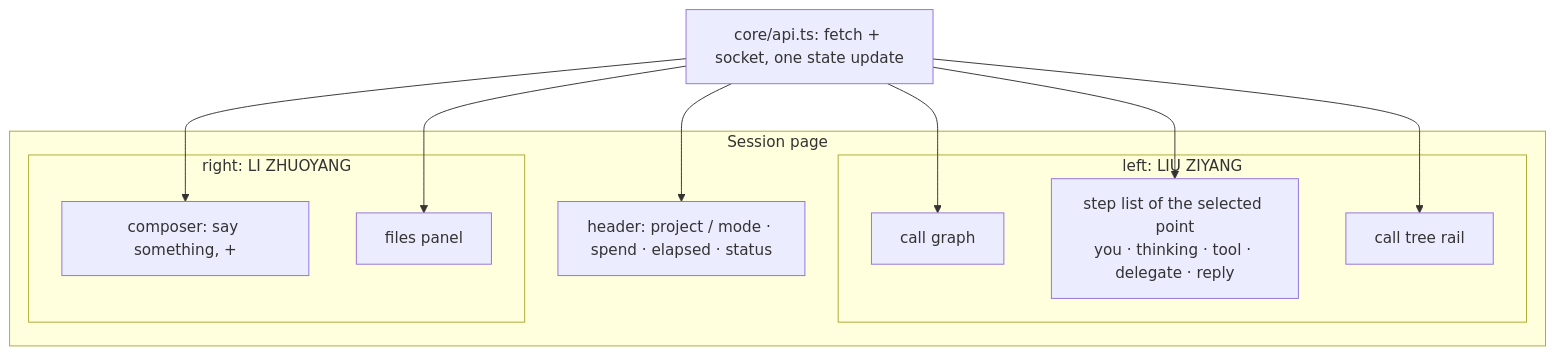
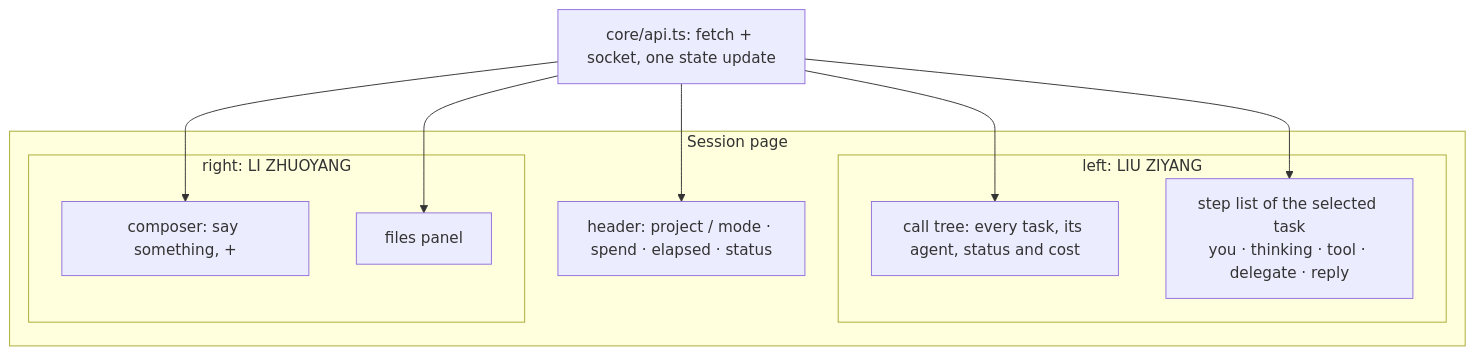
Before and after one commit to ziyangliu-666/lumen-next: diagram 15 of 16 in docs/ARCHITECTURE.md, drawn with Mermaid. The commit also changed other lines of this file and 25 other files, not shown here.

First line of the commit message:
contract: a task, not a point, and a tree, not a graph

````diff
--- a/docs/ARCHITECTURE.md
+++ b/docs/ARCHITECTURE.md
@@ -686,16 +682,15 @@
 ```mermaid
 flowchart TB
   subgraph Session page
     H[header: project / mode · spend · elapsed · status]
     subgraph L[left: LIU ZIYANG]
-      G[call graph]
-      SL[step list of the selected point<br/>you · thinking · tool · delegate · reply]
-      CT[call tree rail]
+      CT[call tree: every task, its agent, status and cost]
+      SL[step list of the selected task<br/>you · thinking · tool · delegate · reply]
     end
     subgraph R[right: LI ZHUOYANG]
       CP[composer: say something, +]
       FP[files panel]
     end
   end
-  API[core/api.ts: fetch + socket, one state update] --> H & G & SL & CT & CP & FP
+  API[core/api.ts: fetch + socket, one state update] --> H & SL & CT & CP & FP
 ```
````
